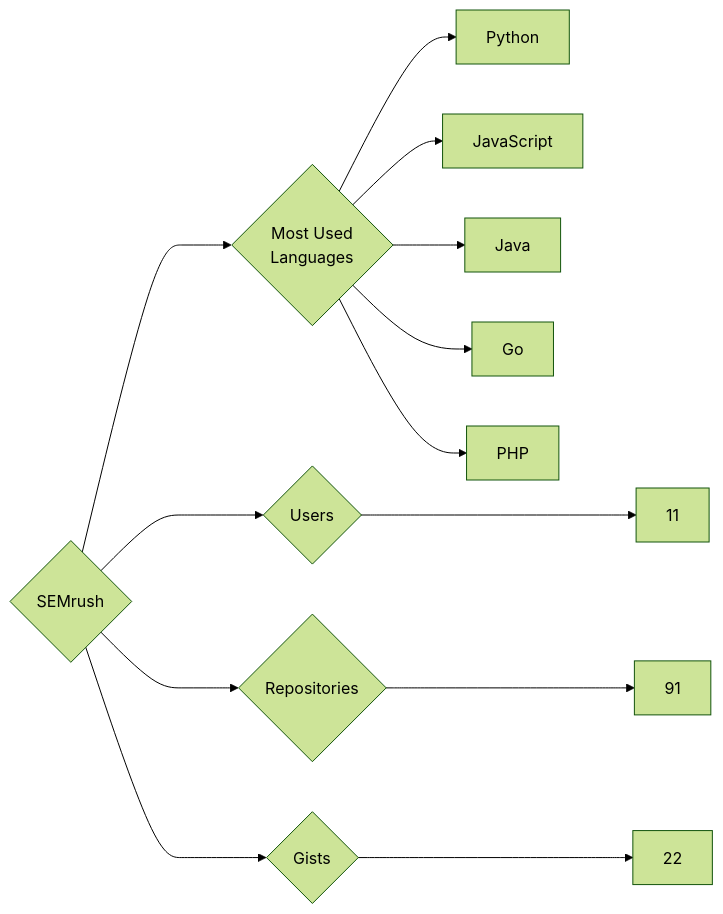
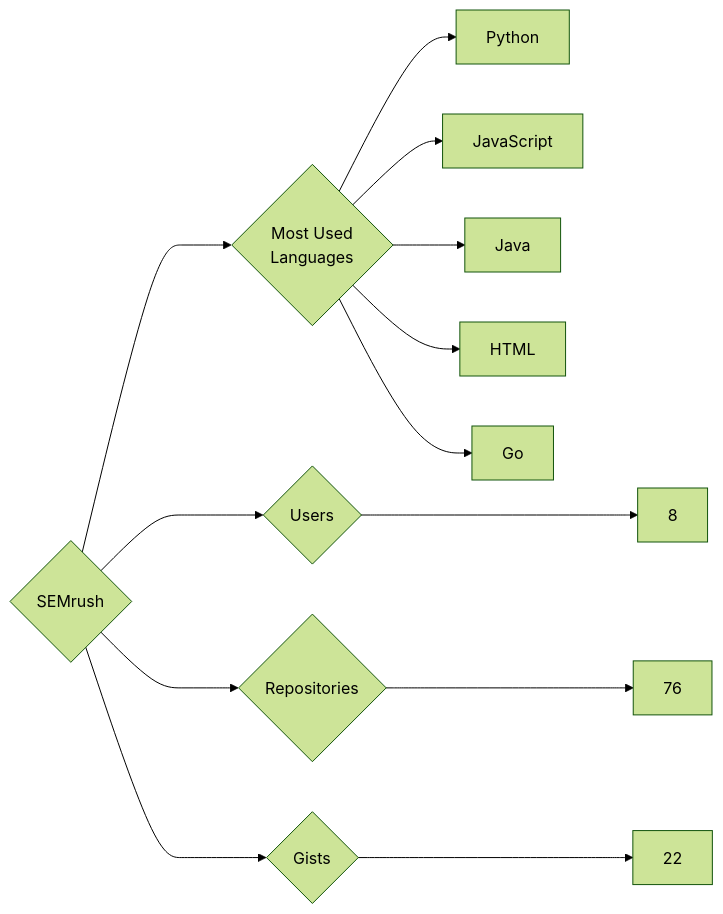
The diagram in targets/SEMrush/README.md (trickest/insiders), drawn with Mermaid (forest theme) before and after one commit. The commit also changed 964 other files, not shown here.

````diff
--- a/targets/SEMrush/README.md
+++ b/targets/SEMrush/README.md
@@ -3,13 +3,13 @@
 ```mermaid
 graph LR
 COMPANY_NAME{SEMrush}
-COMPANY_NAME ---> U{Users} ---> UN[11]
-COMPANY_NAME ---> R{Repositories} ---> RN[91]
+COMPANY_NAME ---> U{Users} ---> UN[8]
+COMPANY_NAME ---> R{Repositories} ---> RN[76]
 COMPANY_NAME ---> G{Gists} ---> GN[22]
 COMPANY_NAME ---> ML{Most Used<br>Languages}
 ML --> Python[Python]
 ML --> JavaScript[JavaScript]
 ML --> Java[Java]
+ML --> HTML[HTML]
 ML --> Go[Go]
-ML --> PHP[PHP]
 ```
````
